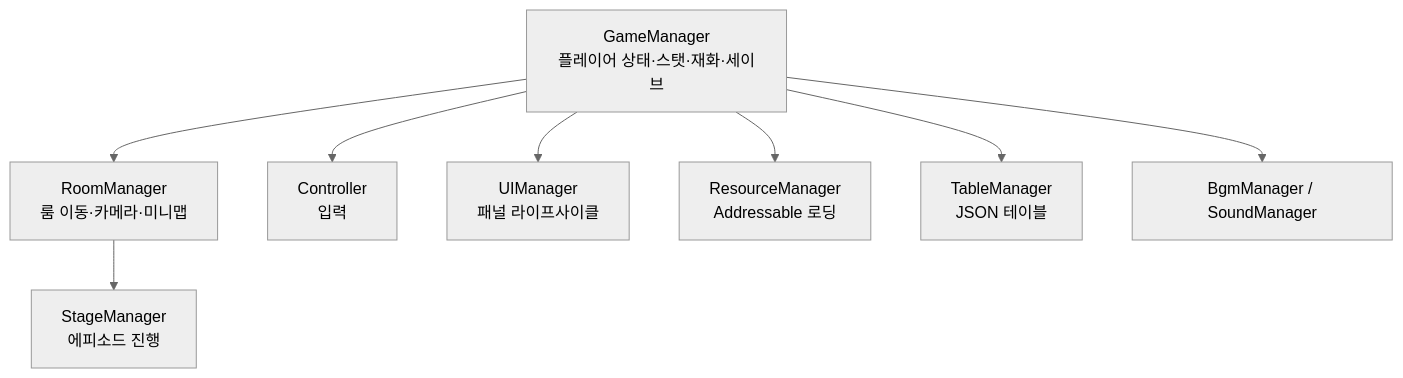
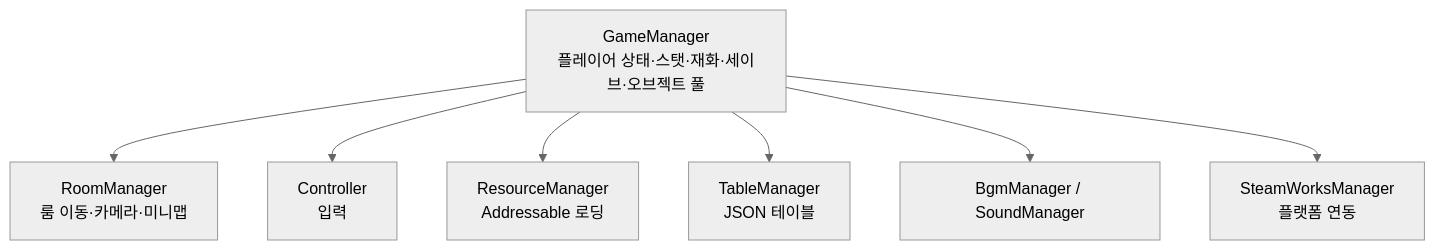
The second of 2 diagrams in README.md (wjfeowjr/UpgradeAction-Portfolio), drawn with Mermaid (neutral theme) before and after one commit. The commit also changed other lines of this file and 2 other files, not shown here.

````diff
--- a/README.md
+++ b/README.md
@@ -262,19 +262,17 @@
 ```mermaid
 flowchart TD
-    GM[GameManager<br/>플레이어 상태·스탯·재화·세이브]
+    GM[GameManager<br/>플레이어 상태·스탯·재화·세이브·오브젝트 풀]
     RM[RoomManager<br/>룸 이동·카메라·미니맵]
-    SM[StageManager<br/>에피소드 진행]
     CT[Controller<br/>입력]
-    UM[UIManager<br/>패널 라이프사이클]
     RES[ResourceManager<br/>Addressable 로딩]
     TM[TableManager<br/>JSON 테이블]
     AUD[BgmManager / SoundManager]
+    STM[SteamWorksManager<br/>플랫폼 연동]
 
     GM --> RM
     GM --> CT
     GM --> RES
-    RM --> SM
     GM --> TM
     GM --> AUD
-    GM --> UM
+    GM --> STM
 ```
````
